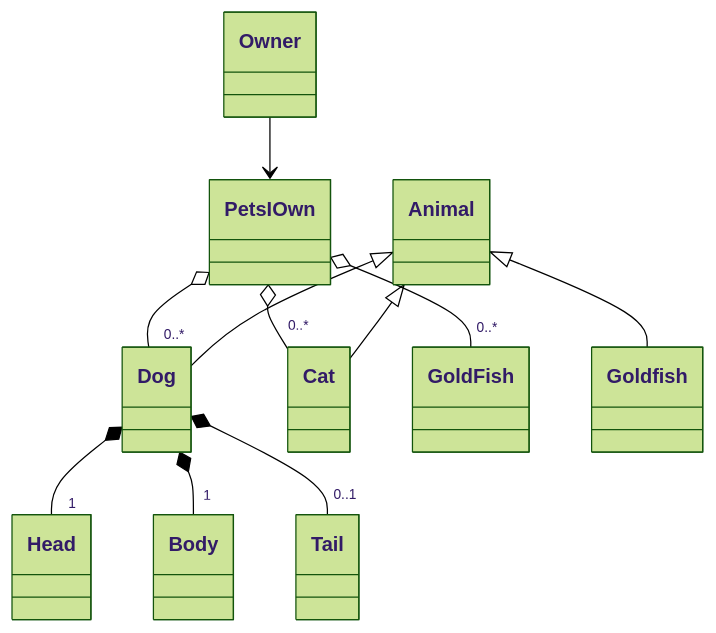
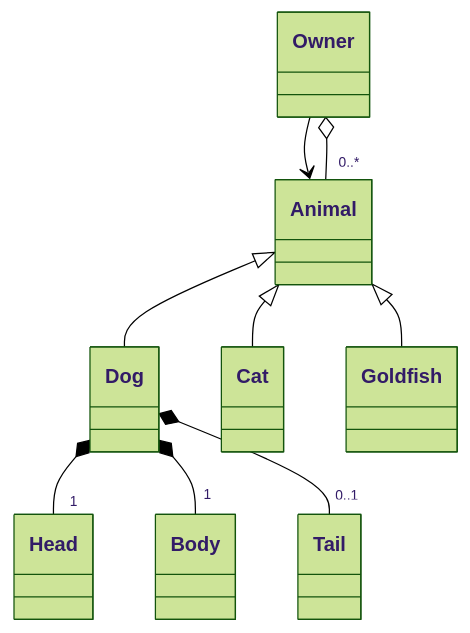
One commit to UPPMAX/programming_formalisms changed the diagram in docs/design_develop/OO_development.md. Above: the diagram before and after it, drawn with Mermaid (forest theme). The commit also changed other lines of this file, not shown here.

Commit message:
changed to be correct class diagram

````diff
--- a/docs/design_develop/OO_development.md
+++ b/docs/design_develop/OO_development.md
@@ -64,13 +64,11 @@
 ```mermaid
 classDiagram
-    Owner-->PetsIOwn
+    Owner-->Animal
     Dog*--"1"Head
     Dog*--"1"Body
     Dog*--"0..1"Tail
-    PetsIOwn o--"0..*"Dog
-    PetsIOwn o--"0..*"Cat
-    PetsIOwn o--"0..*"GoldFish
+    Owner o--"0..*"Animal
     Animal <|--Dog
     Animal <|--Cat
     Animal <|--Goldfish
 ```
````
